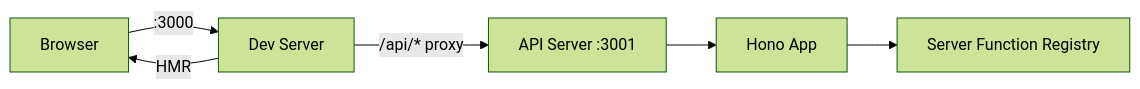
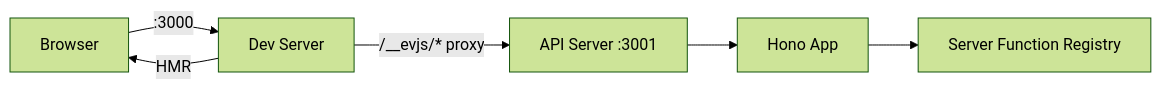
The diagram in docs/docs/dev.md (binhanchen25-arch/evjs), drawn with Mermaid (forest theme) before and after one commit. The commit also changed other lines of this file and 400 other files, not shown here.

Commit message:
feat: implement graph-driven framework architecture (#18)

````diff
--- a/docs/docs/dev.md
+++ b/docs/docs/dev.md
@@ -22,8 +28,8 @@
 ```mermaid
 flowchart LR
     Browser -->|":3000"| DEV["Dev Server"]
     DEV -->|"HMR"| Browser
-    DEV -->|"/api/* proxy"| API["API Server :3001"]
+    DEV -->|"/__evjs/* proxy"| API["API Server :3001"]
     API --> Hono["Hono App"]
     Hono --> Registry["Server Function Registry"]
 ```
````
